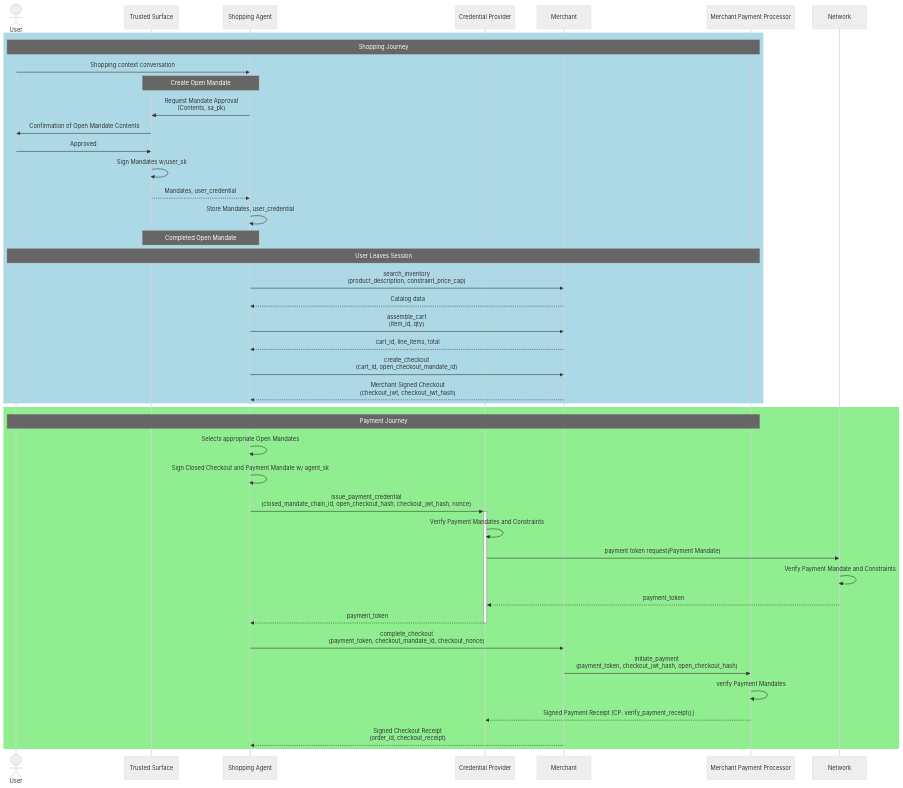
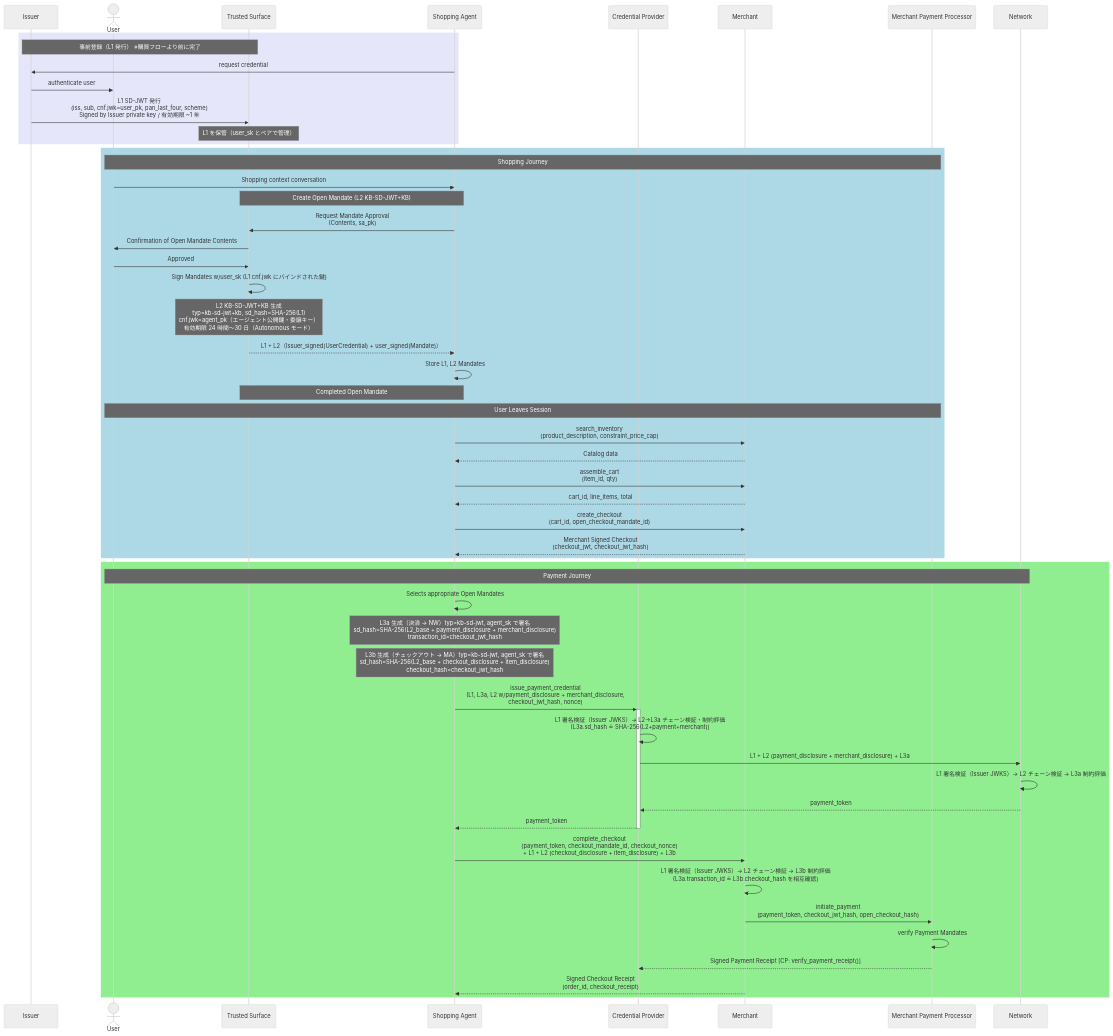
The second of 2 diagrams in insights/003-ap2-research/sequence_diagram.md (atakedemo/agent-commerce-research), drawn with Mermaid (neutral theme) before and after one commit. The commit also changed other lines of this file and 1 other file, not shown here.

First line of the commit message:
L1 SD-JWTに係るシーケンス図の修正

````diff
--- a/insights/003-ap2-research/sequence_diagram.md
+++ b/insights/003-ap2-research/sequence_diagram.md
@@ -69,47 +83,59 @@
 ```mermaid
 sequenceDiagram
+    participant IS as Issuer
     actor User
     participant TS as Trusted Surface
     participant SA as Shopping Agent
     participant CP as Credential Provider
     participant MA as Merchant
     participant MPP as Merchant Payment Processor
     participant NW as Network
 
+    rect rgb(230, 230, 250)
+        Note over IS,TS: 事前登録（L1 発行） ※購買フローより前に完了
+        SA->>IS: request credential
+        IS->>User: authenticate user
+        IS->>TS: L1 SD-JWT 発行<br>(iss, sub, cnf.jwk=user_pk, pan_last_four, scheme)<br>Signed by Issuer private key / 有効期限 ~1 年
+        Note over TS: L1 を保管（user_sk とペアで管理）
+    end
+
     rect rgb(173, 216, 230)
         Note over User,MPP: Shopping Journey
         User->>SA: Shopping context conversation
-        Note over SA,TS: Create Open Mandate
+        Note over SA,TS: Create Open Mandate (L2 KB-SD-JWT+KB)
         SA->>TS: Request Mandate Approval<br>(Contents, sa_pk)
         TS->>User: Confirmation of Open Mandate Contents
         User->>TS: Approved
-        TS->>TS: Sign Mandates w/user_sk
-        TS-->>SA: Mandates, user_credential
-        SA->>SA: Store Mandates, user_credential
+        TS->>TS: Sign Mandates w/user_sk (L1 cnf.jwk にバインドされた鍵)
+        Note over TS: L2 KB-SD-JWT+KB 生成<br>typ=kb-sd-jwt+kb, sd_hash=SHA-256(L1)<br>cnf.jwk=agent_pk（エージェント公開鍵・委譲キー）<br>有効期限 24 時間〜30 日（Autonomous モード）
+        TS-->>SA: L1 + L2（Issuer_signed(UserCredential) + user_signed(Mandate)）
+        SA->>SA: Store L1, L2 Mandates
         Note over SA,TS: Completed Open Mandate
         Note over User,MPP: User Leaves Session
         SA->>MA: search_inventory<br>(product_description, constraint_price_cap)
         MA-->>SA: Catalog data
         SA->>MA: assemble_cart<br>(item_id, qty)
         MA-->>SA: cart_id, line_items, total
         SA->>MA: create_checkout<br>(cart_id, open_checkout_mandate_id)
         MA-->>SA: Merchant Signed Checkout<br>(checkout_jwt, checkout_jwt_hash)
     end
 
     rect rgb(144, 238, 144)
-        Note over User,MPP: Payment Journey
+        Note over User,NW: Payment Journey
         SA->>SA: Selects appropriate Open Mandates
-        SA->>SA: Sign Closed Checkout and Payment Mandate w/ agent_sk
-        SA->>+CP: issue_payment_credential<br>(closed_mandate_chain_id, open_checkout_hash, checkout_jwt_hash, nonce)
-        CP->>CP: Verify Payment Mandates and Constraints
-        CP->>NW: payment token request(Payment Mandate)
-        NW->>NW: Verify Payment Mandate and Constraints
+        Note over SA: L3a 生成（決済 → NW）typ=kb-sd-jwt, agent_sk で署名<br>sd_hash=SHA-256(L2_base + payment_disclosure + merchant_disclosure)<br>transaction_id=checkout_jwt_hash
+        Note over SA: L3b 生成（チェックアウト → MA）typ=kb-sd-jwt, agent_sk で署名<br>sd_hash=SHA-256(L2_base + checkout_disclosure + item_disclosure)<br>checkout_hash=checkout_jwt_hash
+        SA->>+CP: issue_payment_credential<br>(L1, L3a, L2 w/payment_disclosure + merchant_disclosure,<br>checkout_jwt_hash, nonce)
+        CP->>CP: L1 署名検証（Issuer JWKS）→ L2→L3a チェーン検証・制約評価<br>(L3a.sd_hash ≟ SHA-256(L2+payment+merchant))
+        CP->>NW: L1 + L2 (payment_disclosure + merchant_disclosure) + L3a
+        NW->>NW: L1 署名検証（Issuer JWKS）→ L2 チェーン検証 → L3a 制約評価
         NW-->>CP: payment_token
         CP-->>-SA: payment_token
-        SA->>MA: complete_checkout<br>(payment_token, checkout_mandate_id, checkout_nonce)
+        SA->>MA: complete_checkout<br>(payment_token, checkout_mandate_id, checkout_nonce)<br>+ L1 + L2 (checkout_disclosure + item_disclosure) + L3b
+        MA->>MA: L1 署名検証（Issuer JWKS）→ L2 チェーン検証 → L3b 制約評価<br>(L3a.transaction_id ≟ L3b.checkout_hash を相互確認)
         MA->>MPP: initiate_payment<br>(payment_token, checkout_jwt_hash, open_checkout_hash)
         MPP->>MPP: verify Payment Mandates
         MPP-->>CP: Signed Payment Receipt [CP: verify_payment_receipt()]
         MA-->>SA: Signed Checkout Receipt<br>(order_id, checkout_receipt)
     end
 ```
````
